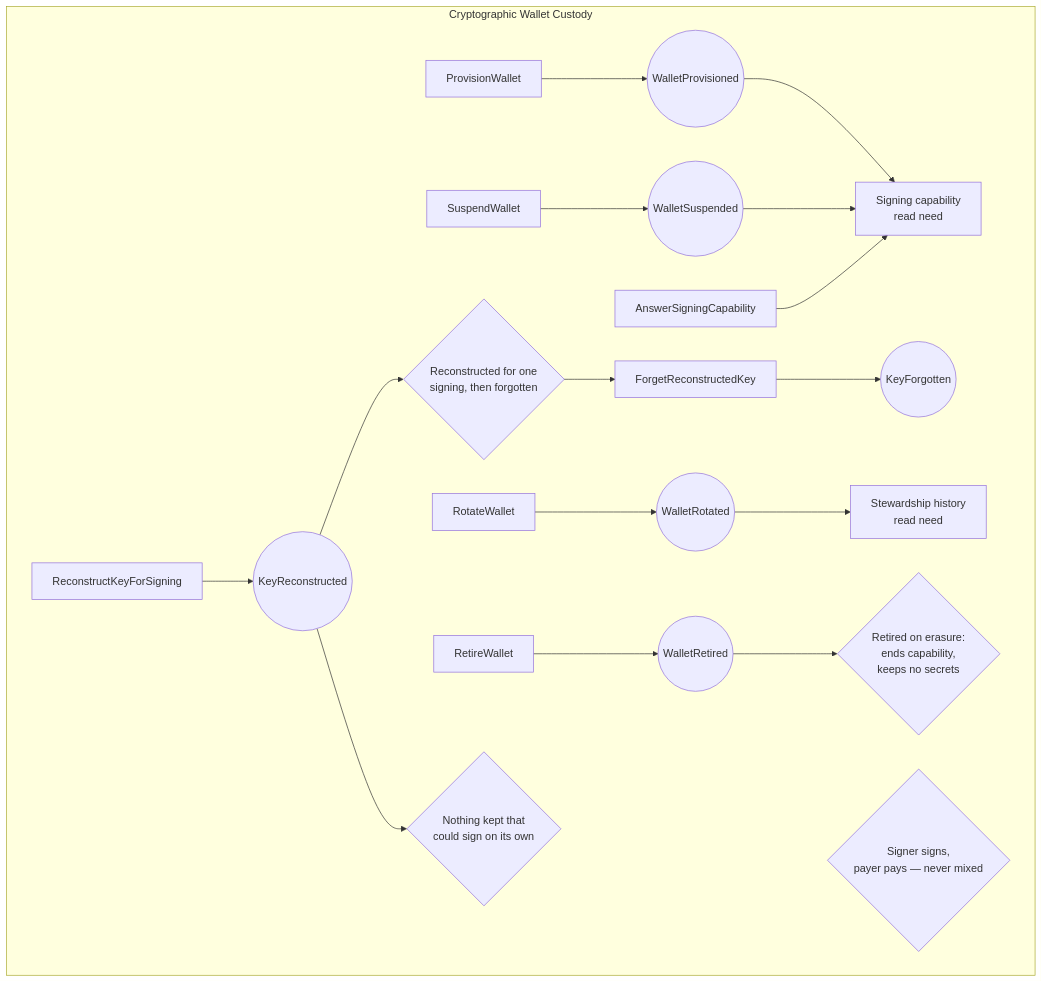
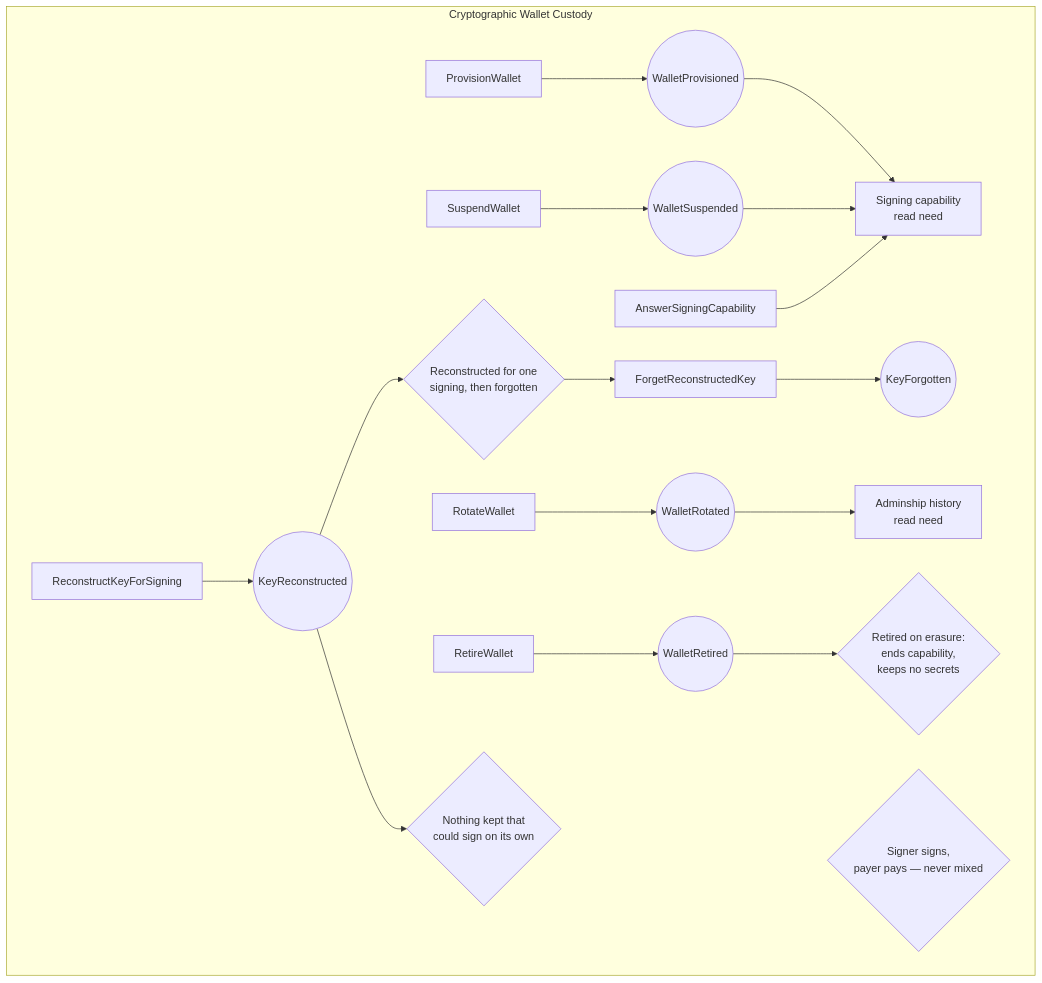
The second of 2 diagrams in docs/Bounded Contexts/cryptographic-wallet-custody/event-storming.md (Morocoders-Arq-9056/votochain-api-backend), drawn with Mermaid before and after one commit. The commit also changed other lines of this file and 24 other files, not shown here.

````diff
--- a/docs/Bounded Contexts/cryptographic-wallet-custody/event-storming.md
+++ b/docs/Bounded Contexts/cryptographic-wallet-custody/event-storming.md
@@ -55,42 +55,42 @@
 ```mermaid
 flowchart TB
     subgraph custody [Cryptographic Wallet Custody]
         C1[ProvisionWallet]
         C2[ReconstructKeyForSigning]
         C3[ForgetReconstructedKey]
         C4[RotateWallet]
         C5[SuspendWallet]
         C6[RetireWallet]
         C7[AnswerSigningCapability]
 
         E1((WalletProvisioned))
         E2((KeyReconstructed))
         E3((KeyForgotten))
         E4((WalletRotated))
         E5((WalletSuspended))
         E6((WalletRetired))
 
         P1{Nothing kept that<br/>could sign on its own}
         P2{Reconstructed for one<br/>signing, then forgotten}
         P3{Signer signs,<br/>payer pays — never mixed}
         P4{Retired on erasure:<br/>ends capability,<br/>keeps no secrets}
 
         R1[Signing capability<br/>read need]
-        R2[Stewardship history<br/>read need]
+        R2[Adminship history<br/>read need]
 
         C1 --> E1
         E1 --> R1
         C2 --> E2
         E2 --> P2
         P2 --> C3
         C3 --> E3
         C4 --> E4
         E4 --> R2
         C5 --> E5
         E5 --> R1
         C6 --> E6
         E6 --> P4
         C7 --> R1
         E2 --> P1
     end
 ```
````
